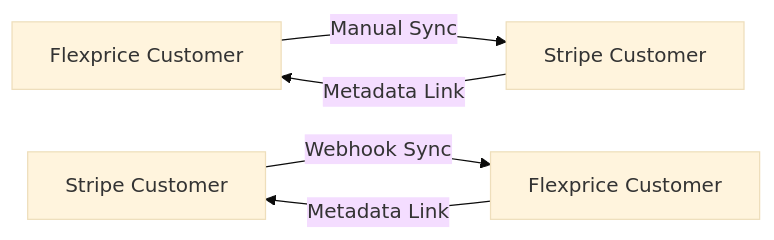
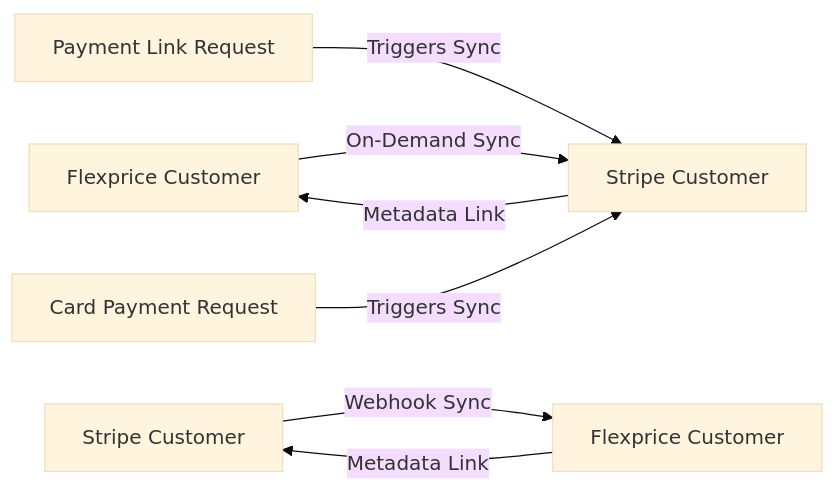
The first of 3 diagrams in docs/Integrations/Stripe/stripe-customer-sync.mdx (flexprice/flexprice-docs), drawn with Mermaid (base theme) before and after one commit. The commit also changed other lines of this file, not shown here.

Commit message:
feat/integrations : customer sync revamped

````diff
--- a/docs/Integrations/Stripe/stripe-customer-sync.mdx
+++ b/docs/Integrations/Stripe/stripe-customer-sync.mdx
@@ -18,7 +20,9 @@
 ```mermaid
 graph LR
-    A[Flexprice Customer] -->|Manual Sync| B[Stripe Customer]
-    C[Stripe Customer] -->|Webhook Sync| D[Flexprice Customer]
+    A[Flexprice Customer] -->|On-Demand Sync| B[Stripe Customer]
+    C[Payment Link Request] -->|Triggers Sync| B
+    D[Card Payment Request] -->|Triggers Sync| B
+    E[Stripe Customer] -->|Webhook Sync| F[Flexprice Customer]
     B -->|Metadata Link| A
-    D -->|Metadata Link| C
+    F -->|Metadata Link| E
 ```
````
